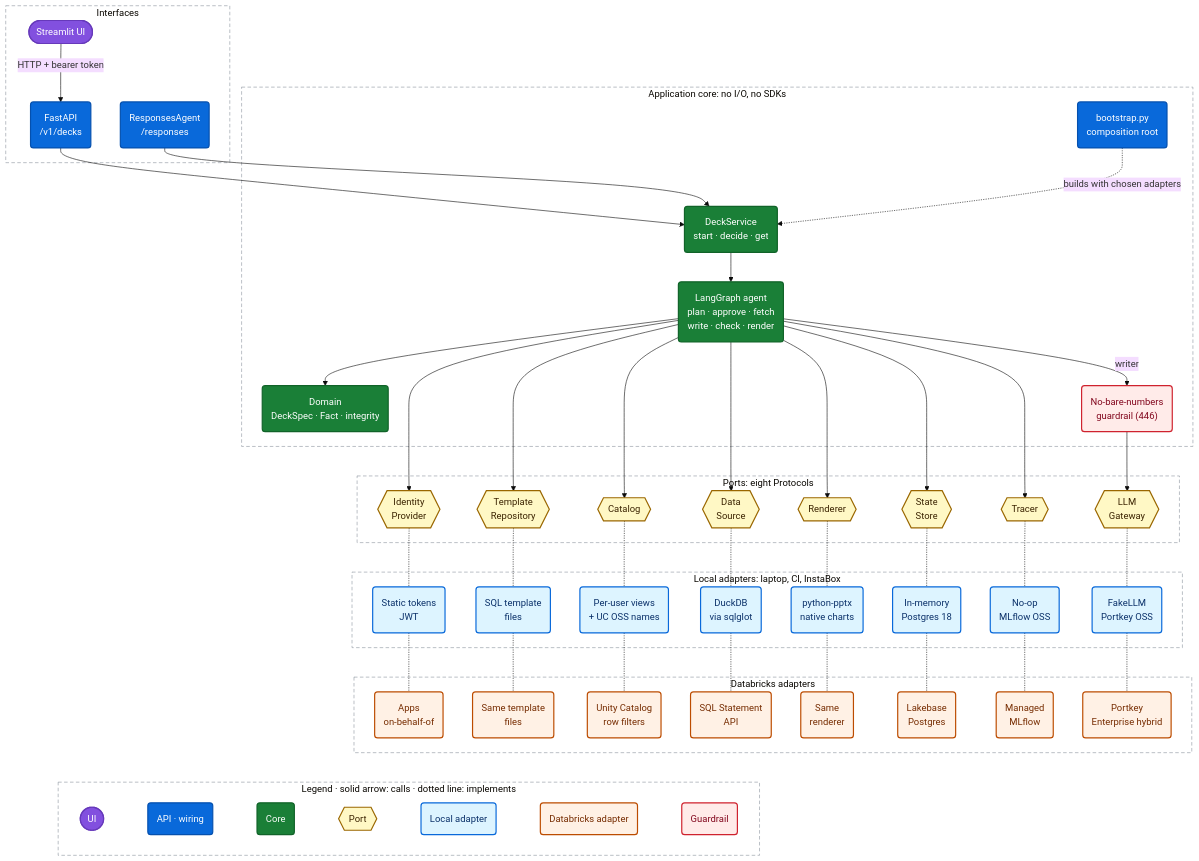
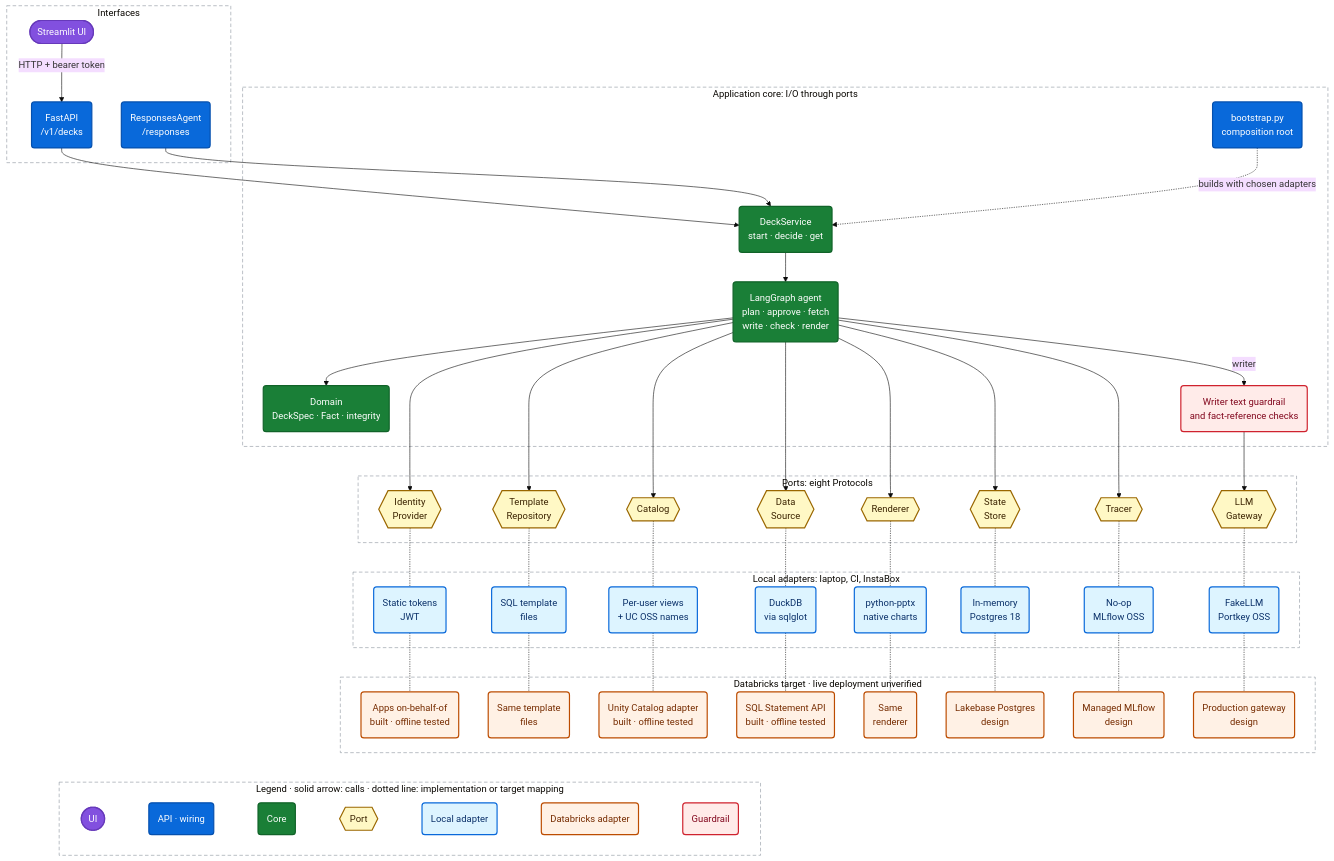
The diagram in docs/diagrams/hexagonal.mmd (santoshshinde2012/deck-smith-local), drawn with Mermaid (base theme) before and after one commit. The commit also changed 30 other files, not shown here.

```diff
--- a/docs/diagrams/hexagonal.mmd
+++ b/docs/diagrams/hexagonal.mmd
@@ -1,91 +1,91 @@
 %% diagram: hexagonal
-%% caption: Ports and adapters. The core depends only on the eight ports; each port has local and Databricks adapters, and bootstrap.py wires one per port from settings.
+%% caption: Ports and adapters. Bootstrap chooses implementations for eight ports. Databricks identity, catalog and SQL adapters pass offline tests; Lakebase, managed MLflow, storage and production routing remain unverified design targets.
 flowchart TB
   subgraph DRIVING["Interfaces"]
     UI(["Streamlit UI"]):::ui
     API("FastAPI<br/>/v1/decks"):::app
     RA("ResponsesAgent<br/>/responses"):::app
   end
 
-  subgraph CORE["Application core: no I/O, no SDKs"]
+  subgraph CORE["Application core: I/O through ports"]
     SVC("DeckService<br/>start · decide · get"):::core
     GRAPH("LangGraph agent<br/>plan · approve · fetch<br/>write · check · render"):::core
     DOM("Domain<br/>DeckSpec · Fact · integrity"):::core
-    GUARD("No-bare-numbers<br/>guardrail (446)"):::sec
+    GUARD("Writer text guardrail<br/>and fact-reference checks"):::sec
     BOOT("bootstrap.py<br/>composition root"):::app
   end
 
   subgraph PORTS["Ports: eight Protocols"]
     P_ID{{"Identity<br/>Provider"}}:::port
     P_TPL{{"Template<br/>Repository"}}:::port
     P_CAT{{"Catalog"}}:::port
     P_DS{{"Data<br/>Source"}}:::port
     P_REN{{"Renderer"}}:::port
     P_ST{{"State<br/>Store"}}:::port
     P_TR{{"Tracer"}}:::port
     P_LLM{{"LLM<br/>Gateway"}}:::port
   end
 
   subgraph LOCAL["Local adapters: laptop, CI, InstaBox"]
     L_ID("Static tokens<br/>JWT"):::local
     L_TPL("SQL template<br/>files"):::local
     L_CAT("Per-user views<br/>+ UC OSS names"):::local
     L_DS("DuckDB<br/>via sqlglot"):::local
     L_REN("python-pptx<br/>native charts"):::local
     L_ST("In-memory<br/>Postgres 18"):::local
     L_TR("No-op<br/>MLflow OSS"):::local
     L_LLM("FakeLLM<br/>Portkey OSS"):::local
   end
 
-  subgraph DBX["Databricks adapters"]
-    D_ID("Apps<br/>on-behalf-of"):::dbx
+  subgraph DBX["Databricks target · live deployment unverified"]
+    D_ID("Apps on-behalf-of<br/>built · offline tested"):::dbx
     D_TPL("Same template<br/>files"):::dbx
-    D_CAT("Unity Catalog<br/>row filters"):::dbx
-    D_DS("SQL Statement<br/>API"):::dbx
+    D_CAT("Unity Catalog adapter<br/>built · offline tested"):::dbx
+    D_DS("SQL Statement API<br/>built · offline tested"):::dbx
     D_REN("Same<br/>renderer"):::dbx
-    D_ST("Lakebase<br/>Postgres"):::dbx
-    D_TR("Managed<br/>MLflow"):::dbx
-    D_LLM("Portkey<br/>Enterprise hybrid"):::dbx
+    D_ST("Lakebase Postgres<br/>design"):::dbx
+    D_TR("Managed MLflow<br/>design"):::dbx
+    D_LLM("Production gateway<br/>design"):::dbx
   end
 
   UI -->|HTTP + bearer token| API
   API --> SVC
   RA --> SVC
   BOOT -.->|builds with chosen adapters| SVC
   SVC --> GRAPH
   GRAPH --> DOM
   GRAPH --> P_ID & P_TPL & P_CAT & P_DS & P_REN & P_ST & P_TR
   GRAPH -->|writer| GUARD --> P_LLM
 
   P_ID -.- L_ID -.- D_ID
   P_LLM -.- L_LLM -.- D_LLM
   P_TPL -.- L_TPL -.- D_TPL
   P_CAT -.- L_CAT -.- D_CAT
   P_DS -.- L_DS -.- D_DS
   P_REN -.- L_REN -.- D_REN
   P_ST -.- L_ST -.- D_ST
   P_TR -.- L_TR -.- D_TR
 
-  subgraph LEGEND["Legend · solid arrow: calls · dotted line: implements"]
+  subgraph LEGEND["Legend · solid arrow: calls · dotted line: implementation or target mapping"]
     direction LR
     K1(["UI"]):::ui ~~~ K2("API · wiring"):::app ~~~ K3("Core"):::core ~~~ K4{{"Port"}}:::port ~~~ K5("Local adapter"):::local ~~~ K6("Databricks adapter"):::dbx ~~~ K7("Guardrail"):::sec
   end
 
   classDef ui fill:#8250DF,stroke:#6639BA,stroke-width:2px,color:#FFFFFF
   classDef app fill:#0969DA,stroke:#0550AE,stroke-width:2px,color:#FFFFFF
   classDef core fill:#1A7F37,stroke:#116329,stroke-width:2px,color:#FFFFFF
   classDef port fill:#FFF8C5,stroke:#9A6700,stroke-width:2px,color:#3B2300
   classDef local fill:#DDF4FF,stroke:#0969DA,stroke-width:2px,color:#0A3069
   classDef dbx fill:#FFF1E5,stroke:#BC4C00,stroke-width:2px,color:#762C00
   classDef store fill:#EAEEF2,stroke:#57606A,stroke-width:2px,color:#24292F
   classDef llm fill:#BF3989,stroke:#99286E,stroke-width:2px,color:#FFFFFF
   classDef obs fill:#1B7C83,stroke:#0E5A60,stroke-width:2px,color:#FFFFFF
   classDef ext fill:#57606A,stroke:#32383F,stroke-width:2px,color:#FFFFFF,stroke-dasharray:4 3
   classDef sec fill:#FFEBE9,stroke:#CF222E,stroke-width:2px,color:#82071E
   style DRIVING fill:transparent,stroke:#8C959F,stroke-width:1px,stroke-dasharray:6 4
   style CORE fill:transparent,stroke:#8C959F,stroke-width:1px,stroke-dasharray:6 4
   style PORTS fill:transparent,stroke:#8C959F,stroke-width:1px,stroke-dasharray:6 4
   style LOCAL fill:transparent,stroke:#8C959F,stroke-width:1px,stroke-dasharray:6 4
   style DBX fill:transparent,stroke:#8C959F,stroke-width:1px,stroke-dasharray:6 4
   DBX ~~~ LEGEND
   style LEGEND fill:transparent,stroke:#8C959F,stroke-width:1px,stroke-dasharray:6 4
```
